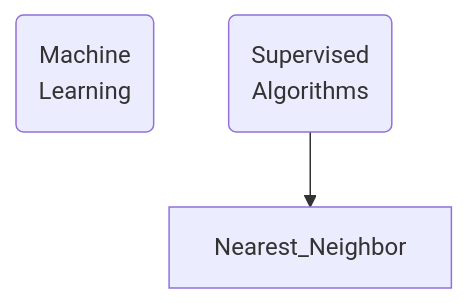
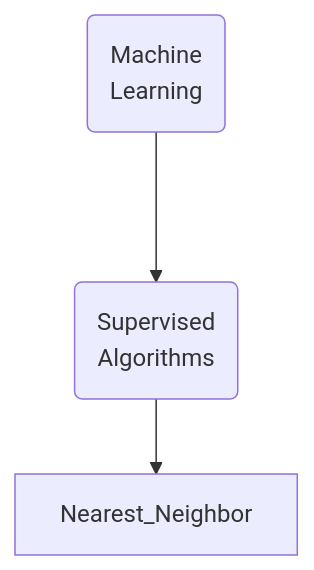
One commit to hwetsman/Public_Notes changed the diagram in ML_Tree.md. Above: the diagram before and after it, drawn with Mermaid.

Commit message:
Refactor: add link

`````diff
--- a/ML_Tree.md
+++ b/ML_Tree.md
@@ -1,7 +1,8 @@
 ````mermaid
 flowchart TB
   Machine_Learning(Machine<br>Learning)
   Supervised(Supervised<br>Algorithms)
-
     Supervised-->Nearest_Neighbor
- ````
+ 
+      Machine_Learning--->Supervised
+````
`````
